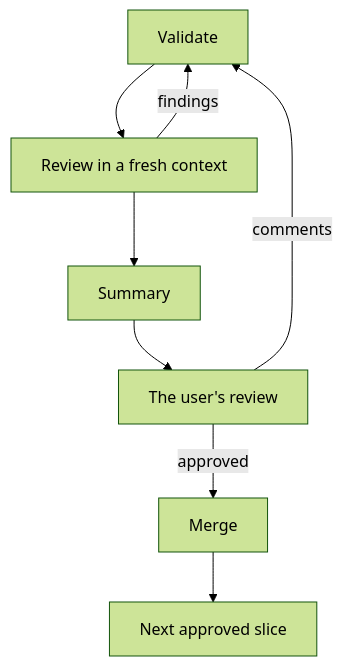
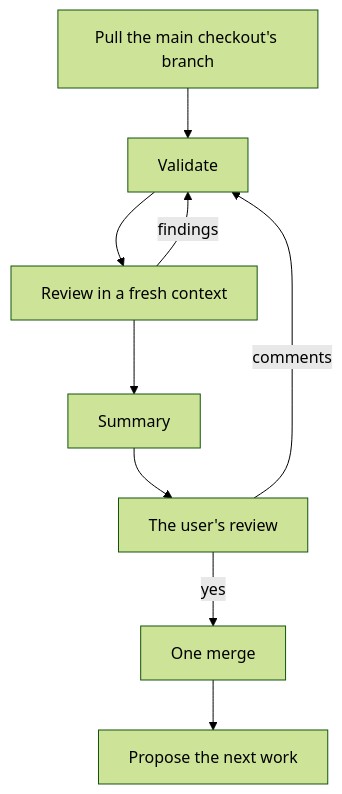
Before and after one commit to Konfus-org/Magic: the diagram in docs/skills/finish/SKILL.md, drawn with Mermaid (forest theme). The commit also changed other lines of this file and 16 other files, not shown here.

First line of the commit message:
docs: one root branch per effort, one merge into dev at the end

````diff
--- a/docs/skills/finish/SKILL.md
+++ b/docs/skills/finish/SKILL.md
@@ -12,7 +13,7 @@
 ```mermaid
 flowchart TD
-    Validate --> Review[Review in a fresh context] --> Summary --> UserReview[The user's review]
+    Pull[Pull the main checkout's branch] --> Validate --> Review[Review in a fresh context] --> Summary --> UserReview[The user's review]
     Review -- findings --> Validate
     UserReview -- comments --> Validate
-    UserReview -- approved --> Merge --> Next[Next approved slice]
+    UserReview -- yes --> Merge[One merge] --> Next[Propose the next work]
 ```
````
